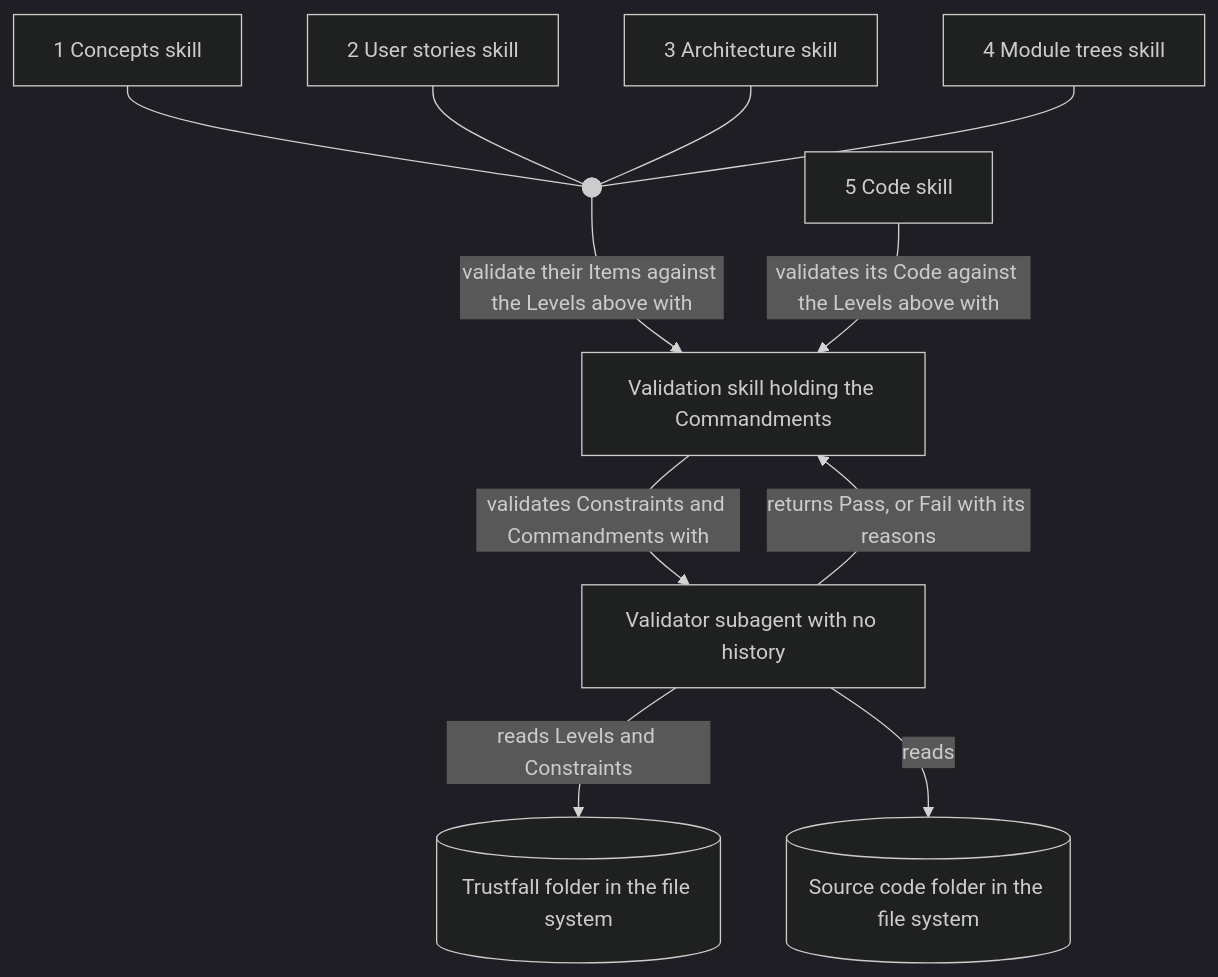
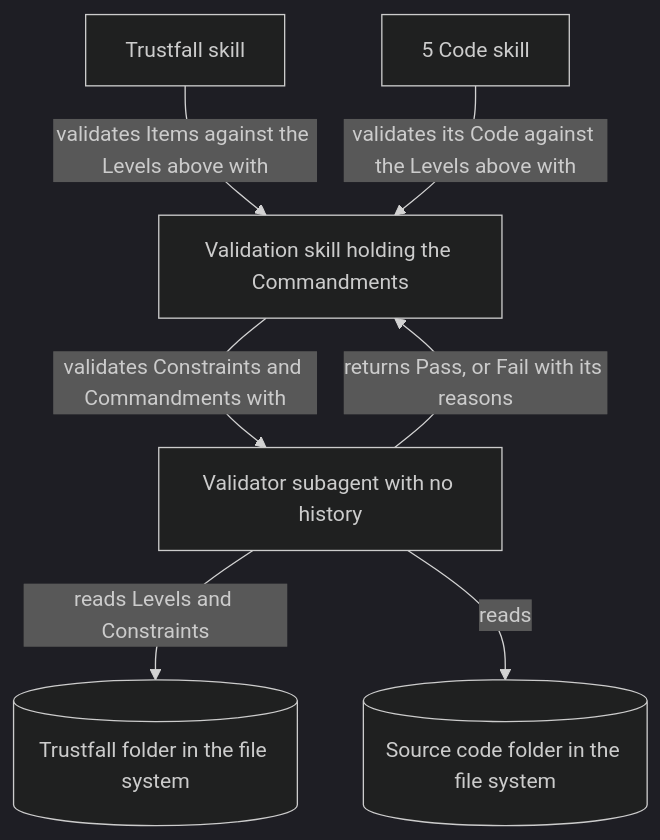
The third of 3 diagrams in trustfall/3-architecture.md (jehna/trustfall), drawn with Mermaid (dark theme) before and after one commit. The commit also changed other lines of this file and 2 other files, not shown here.

Commit message:
Widen Verdict, Trustfall skill writes and validates Items, vocabulary rule

````diff
--- a/trustfall/3-architecture.md
+++ b/trustfall/3-architecture.md
@@ -35,20 +30,15 @@
 ```mermaid
 flowchart TD
-  concepts[1 Concepts skill]
-  stories[2 User stories skill]
-  architecture[3 Architecture skill]
-  modules[4 Module trees skill]
+  trustfall[Trustfall skill]
   code[5 Code skill]
-  check@{ shape: f-circ }
   validation[Validation skill holding the Commandments]
   subagent[Validator subagent with no history]
   levels[(Trustfall folder in the file system)]
   source[(Source code folder in the file system)]
-  concepts & stories & architecture & modules --- check
-  check -- validate their Items against the Levels above with --> validation
+  trustfall -- validates Items against the Levels above with --> validation
   code -- validates its Code against the Levels above with --> validation
   validation -- validates Constraints and Commandments with --> subagent
   subagent -- reads Levels and Constraints --> levels
   subagent -- reads --> source
   subagent -- returns Pass, or Fail with its reasons --> validation
 ```
````
